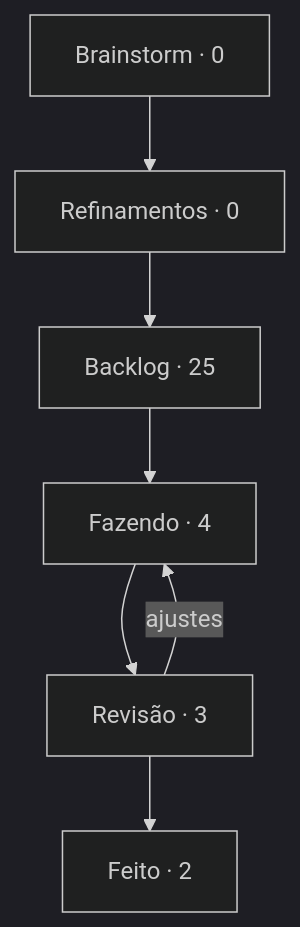
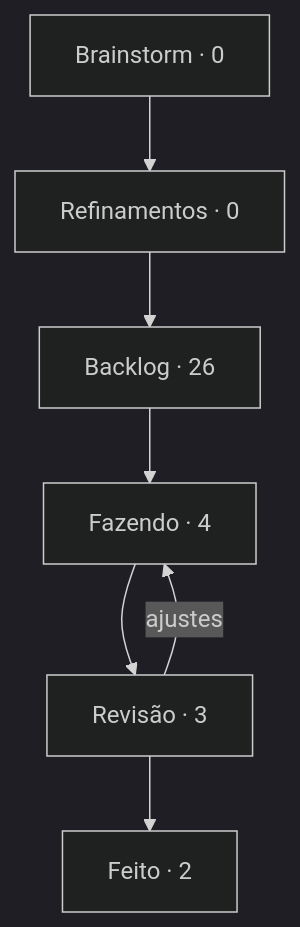
One commit to StudioVibi/VibiKanban changed the diagram in boards/dungeon-bend/BOARD.md. Above: the diagram before and after it, drawn with Mermaid (dark theme). The commit also changed other lines of this file and 2 other files, not shown here.

````diff
--- a/boards/dungeon-bend/BOARD.md
+++ b/boards/dungeon-bend/BOARD.md
@@ -5,12 +5,12 @@
 ```mermaid
 flowchart TD
   brainstorm["Brainstorm · 0"] --> refinamentos["Refinamentos · 0"]
-  refinamentos --> backlog["Backlog · 25"]
+  refinamentos --> backlog["Backlog · 26"]
   backlog --> doing["Fazendo · 4"]
   doing --> review["Revisão · 3"]
   review --> done["Feito · 2"]
   review -->|ajustes| doing
   doing:::blue
   review:::yellow
   done:::green
 ```
````
